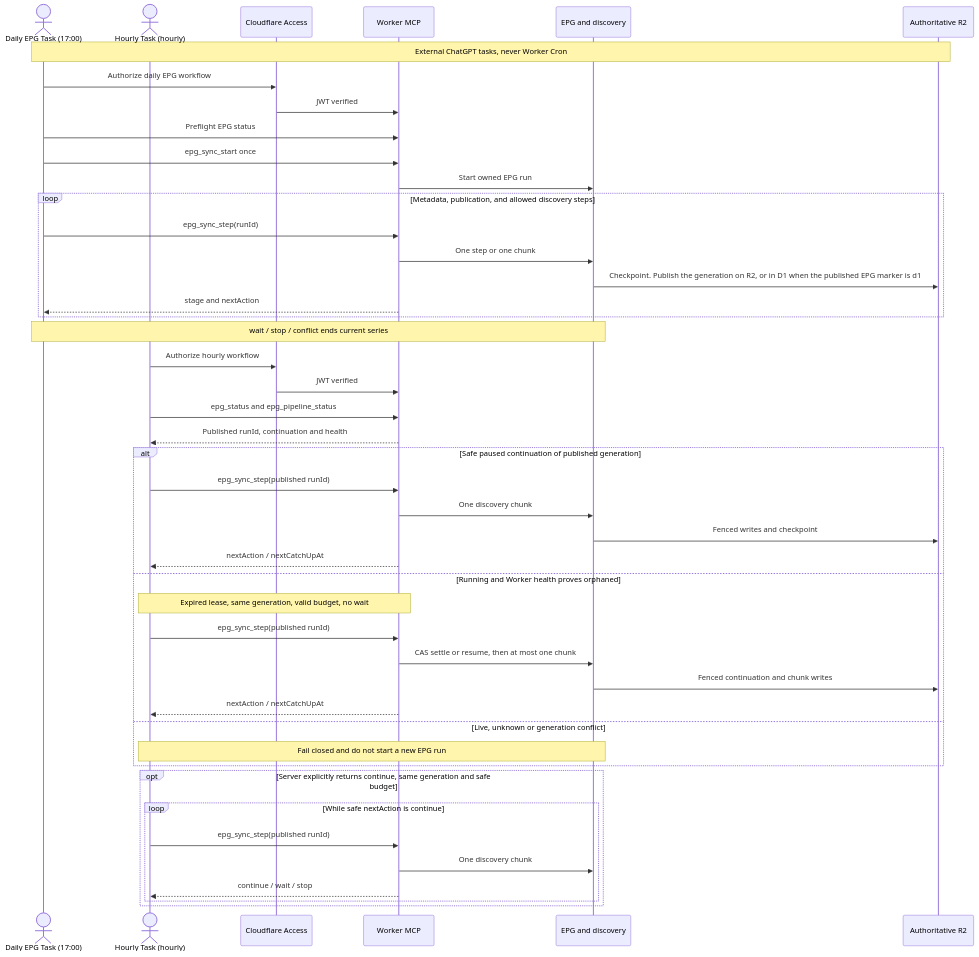
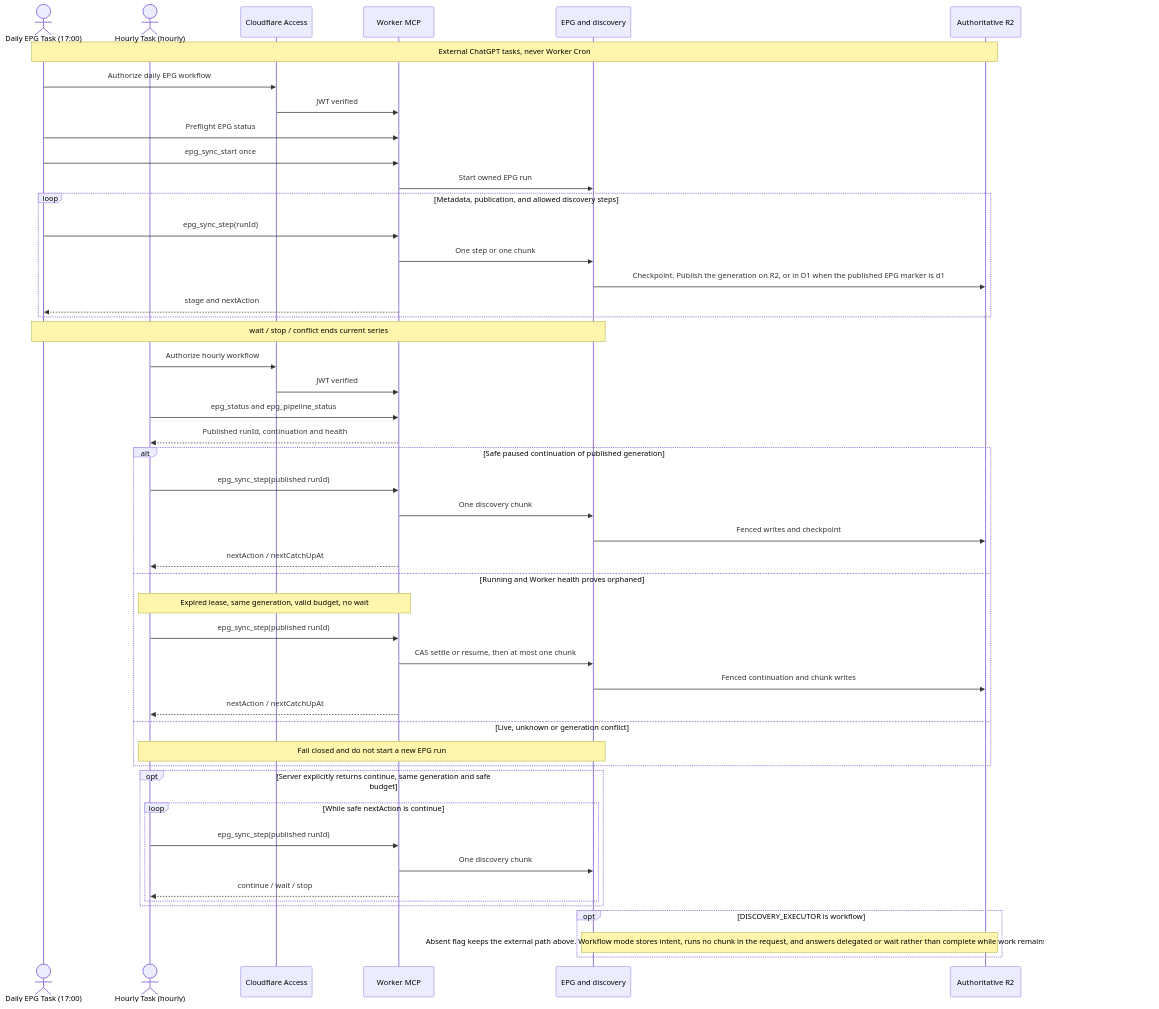
One commit to vladimino/iptv-watchlist changed the first of 6 diagrams in docs/architecture/scheduling-and-orchestration.md. Above: the diagram before and after it, drawn with Mermaid. The commit also changed other lines of this file and 26 other files, not shown here.

First line of the commit message:
Add an inert Discovery Workflow that does not run on deploy.

````diff
--- a/docs/architecture/scheduling-and-orchestration.md
+++ b/docs/architecture/scheduling-and-orchestration.md
@@ -9,47 +9,50 @@
 ```mermaid
 sequenceDiagram
     actor Daily as Daily EPG Task (17:00)
     actor Hourly as Hourly Task (hourly)
     participant Access as Cloudflare Access
     participant MCP as Worker MCP
     participant EPG as EPG and discovery
     participant R2 as Authoritative R2
     Note over Daily,R2: External ChatGPT tasks, never Worker Cron
     Daily->>Access: Authorize daily EPG workflow
     Access->>MCP: JWT verified
     Daily->>MCP: Preflight EPG status
     Daily->>MCP: epg_sync_start once
     MCP->>EPG: Start owned EPG run
     loop Metadata, publication, and allowed discovery steps
         Daily->>MCP: epg_sync_step(runId)
         MCP->>EPG: One step or one chunk
         EPG->>R2: Checkpoint. Publish the generation on R2, or in D1 when the published EPG marker is d1
         MCP-->>Daily: stage and nextAction
     end
     Note over Daily,EPG: wait / stop / conflict ends current series
     Hourly->>Access: Authorize hourly workflow
     Access->>MCP: JWT verified
     Hourly->>MCP: epg_status and epg_pipeline_status
     MCP-->>Hourly: Published runId, continuation and health
     alt Safe paused continuation of published generation
         Hourly->>MCP: epg_sync_step(published runId)
         MCP->>EPG: One discovery chunk
         EPG->>R2: Fenced writes and checkpoint
         MCP-->>Hourly: nextAction / nextCatchUpAt
     else Running and Worker health proves orphaned
         Note over Hourly,MCP: Expired lease, same generation, valid budget, no wait
         Hourly->>MCP: epg_sync_step(published runId)
         MCP->>EPG: CAS settle or resume, then at most one chunk
         EPG->>R2: Fenced continuation and chunk writes
         MCP-->>Hourly: nextAction / nextCatchUpAt
     else Live, unknown or generation conflict
         Note over Hourly,EPG: Fail closed and do not start a new EPG run
     end
     opt Server explicitly returns continue, same generation and safe budget
         loop While safe nextAction is continue
             Hourly->>MCP: epg_sync_step(published runId)
             MCP->>EPG: One discovery chunk
             MCP-->>Hourly: continue / wait / stop
         end
     end
+    opt DISCOVERY_EXECUTOR is workflow
+        Note over EPG,R2: Absent flag keeps the external path above. Workflow mode stores intent, runs no chunk in the request, and answers delegated or wait rather than complete while work remains. The binding has no schedule.
+    end
 ```
````
